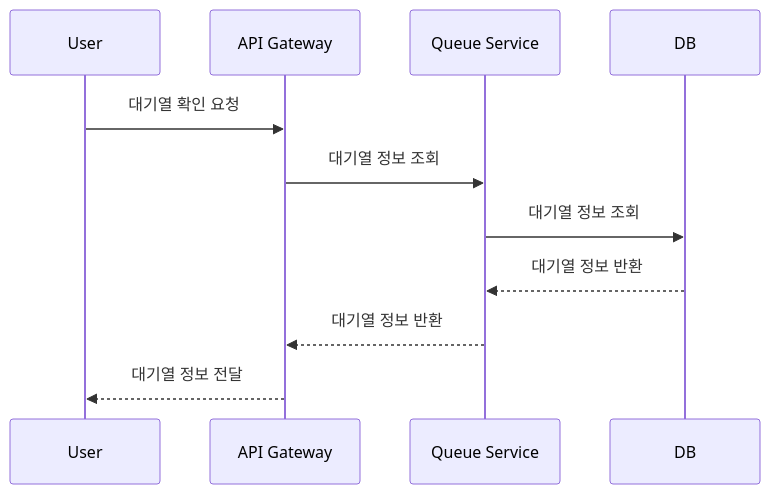
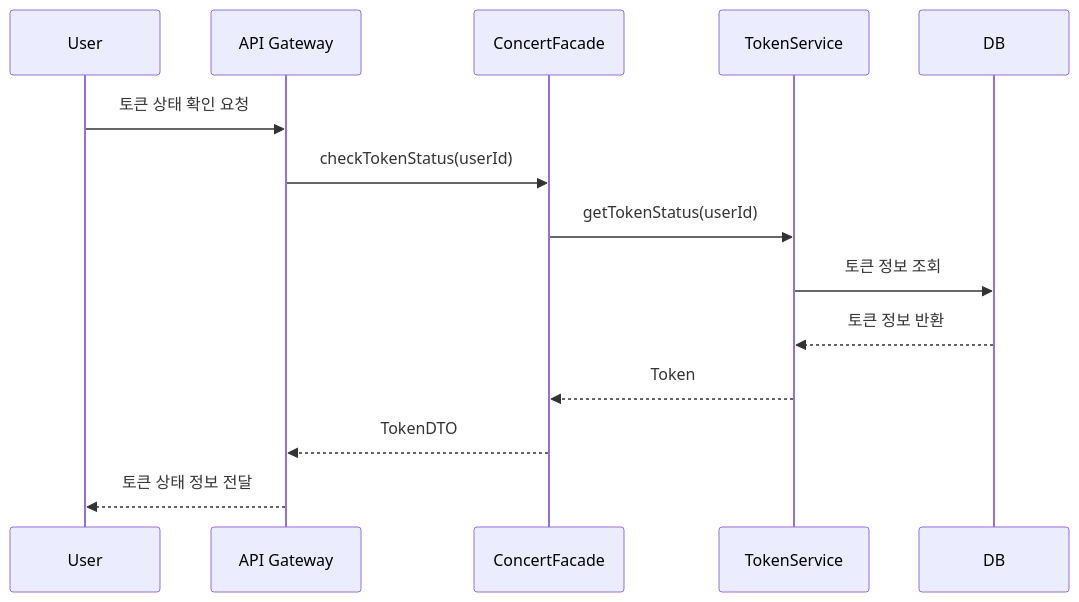
Before and after one commit to ghwoo93/hhplus-concert-3week: the eighth of 10 diagrams in README.md, drawn with Mermaid. The commit also changed other lines of this file, not shown here.

````diff
--- a/README.md
+++ b/README.md
@@ -530,14 +518,17 @@
 ```mermaid
 sequenceDiagram
     participant User
     participant API Gateway
-    participant Queue Service
+    participant ConcertFacade
+    participant TokenService
     participant DB
 
-    User->>API Gateway: 대기열 확인 요청
-    API Gateway->>Queue Service: 대기열 정보 조회
-    Queue Service->>DB: 대기열 정보 조회
-    DB-->>Queue Service: 대기열 정보 반환
-    Queue Service-->>API Gateway: 대기열 정보 반환
-    API Gateway-->>User: 대기열 정보 전달
+    User->>API Gateway: 토큰 상태 확인 요청
+    API Gateway->>ConcertFacade: checkTokenStatus(userId)
+    ConcertFacade->>TokenService: getTokenStatus(userId)
+    TokenService->>DB: 토큰 정보 조회
+    DB-->>TokenService: 토큰 정보 반환
+    TokenService-->>ConcertFacade: Token
+    ConcertFacade-->>API Gateway: TokenDTO
+    API Gateway-->>User: 토큰 상태 정보 전달
 ```
````
